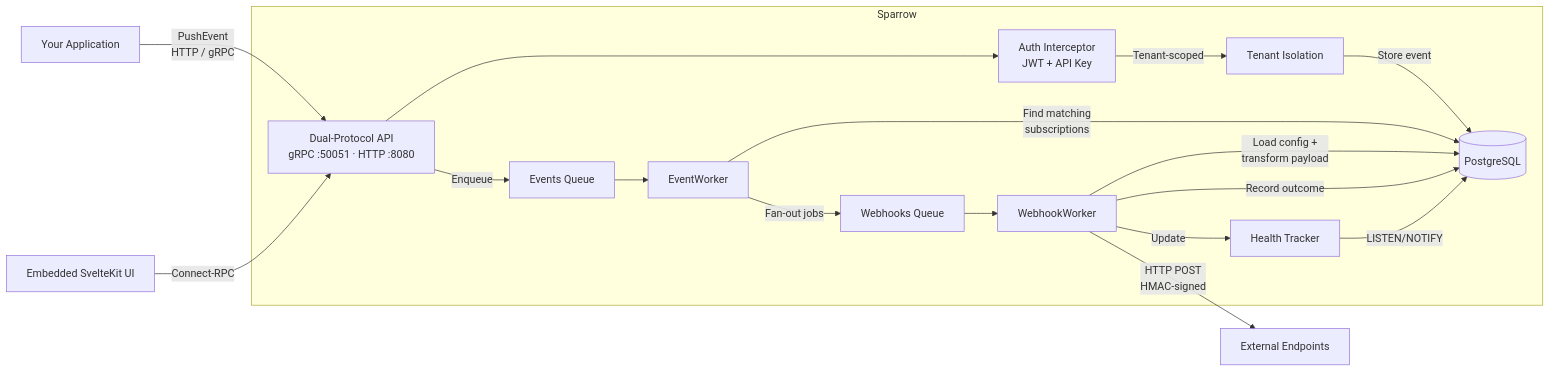
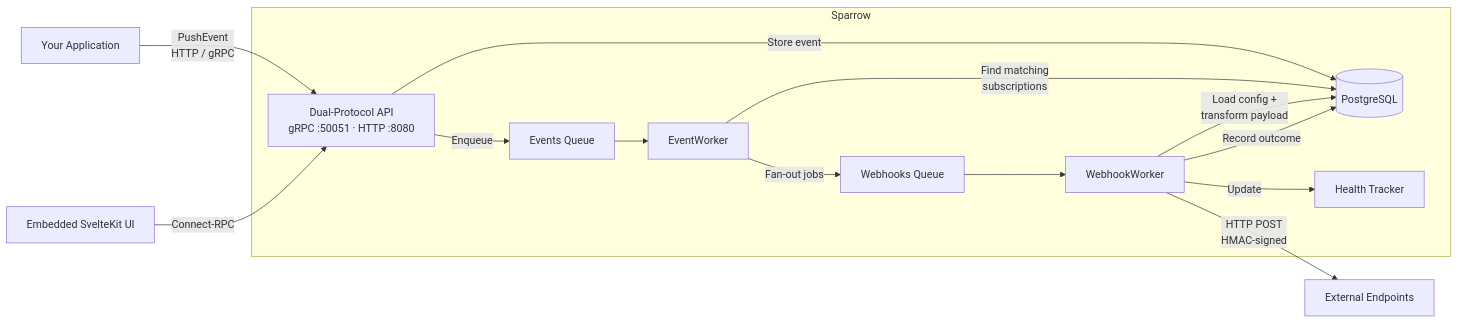
The first of 4 diagrams in TECHNICAL.md (sarathsp06/sparrow), drawn with Mermaid before and after one commit. The commit also changed other lines of this file and 103 other files, not shown here.

````diff
--- a/TECHNICAL.md
+++ b/TECHNICAL.md
@@ -27,32 +21,27 @@
 ```mermaid
 graph LR
     App[Your Application] -->|PushEvent<br>HTTP / gRPC| API
 
     subgraph Sparrow
         API[Dual-Protocol API<br>gRPC :50051 · HTTP :8080]
-        Auth[Auth Interceptor<br>JWT + API Key]
         DB[(PostgreSQL)]
         EQ[Events Queue]
         WQ[Webhooks Queue]
         EW[EventWorker]
         WW[WebhookWorker]
         Health[Health Tracker]
-        Tenants[Tenant Isolation]
 
-        API --> Auth
-        Auth -->|Tenant-scoped| Tenants
-        Tenants -->|Store event| DB
+        API -->|Store event| DB
         API -->|Enqueue| EQ
         EQ --> EW
         EW -->|Find matching<br>subscriptions| DB
         EW -->|Fan-out jobs| WQ
         WQ --> WW
         WW -->|Load config +<br>transform payload| DB
         WW -->|Record outcome| DB
         WW -->|Update| Health
-        Health -->|LISTEN/NOTIFY| DB
     end
 
     WW -->|HTTP POST<br>HMAC-signed| Endpoint[External Endpoints]
     UI[Embedded SvelteKit UI] -->|Connect-RPC| API
 ```
````
